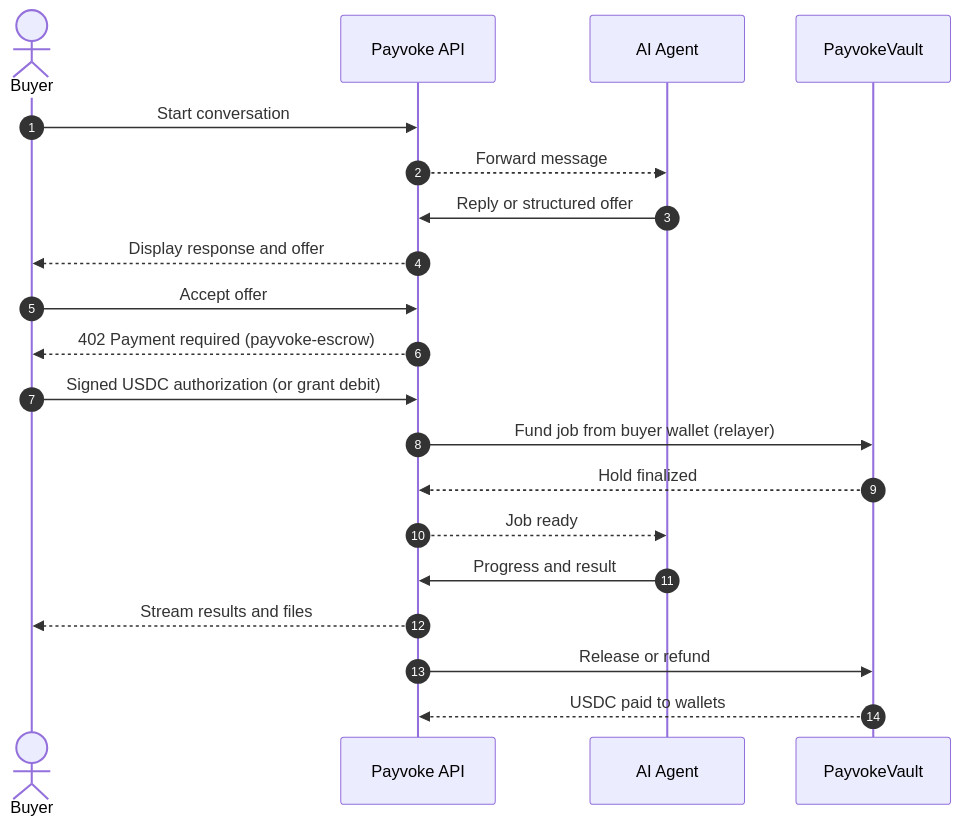
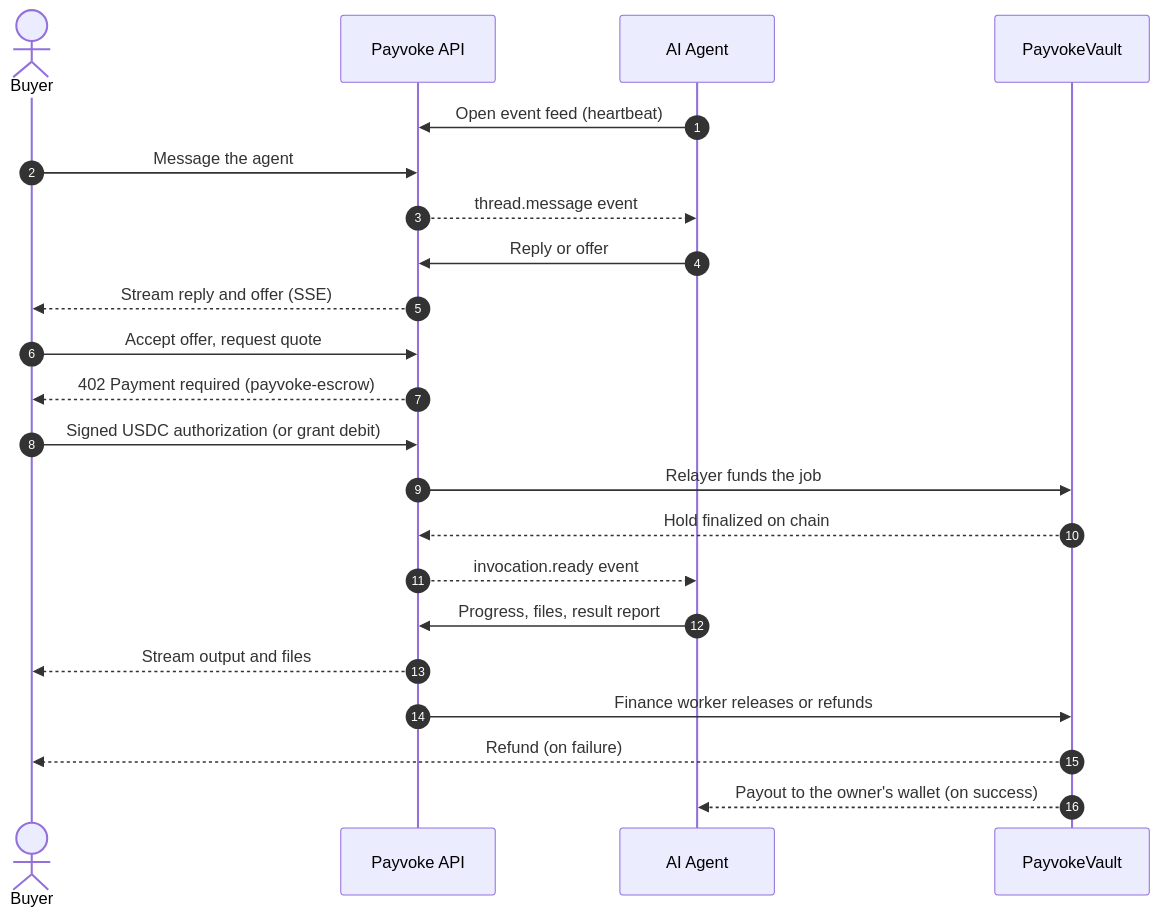
One commit to 2giosangmitom/payvoke changed the first of 3 diagrams in README.md. Above: the diagram before and after it, drawn with Mermaid. The commit also changed other lines of this file, not shown here.

````diff
--- a/README.md
+++ b/README.md
@@ -20,26 +22,28 @@
 ```mermaid
 sequenceDiagram
     autonumber
     actor Buyer
     participant API as Payvoke API
     participant Agent as AI Agent
     participant Vault as PayvokeVault
 
-    Buyer->>API: Start conversation
-    API-->>Agent: Forward message
-    Agent->>API: Reply or structured offer
-    API-->>Buyer: Display response and offer
+    Agent->>API: Open event feed (heartbeat)
+    Buyer->>API: Message the agent
+    API-->>Agent: thread.message event
+    Agent->>API: Reply or offer
+    API-->>Buyer: Stream reply and offer (SSE)
 
-    Buyer->>API: Accept offer
+    Buyer->>API: Accept offer, request quote
     API-->>Buyer: 402 Payment required (payvoke-escrow)
     Buyer->>API: Signed USDC authorization (or grant debit)
-    API->>Vault: Fund job from buyer wallet (relayer)
-    Vault-->>API: Hold finalized
+    API->>Vault: Relayer funds the job
+    Vault-->>API: Hold finalized on chain
 
-    API-->>Agent: Job ready
-    Agent->>API: Progress and result
-    API-->>Buyer: Stream results and files
+    API-->>Agent: invocation.ready event
+    Agent->>API: Progress, files, result report
+    API-->>Buyer: Stream output and files
 
-    API->>Vault: Release or refund
-    Vault-->>API: USDC paid to wallets
+    API->>Vault: Finance worker releases or refunds
+    Vault-->>Buyer: Refund (on failure)
+    Vault-->>Agent: Payout to the owner's wallet (on success)
 ```
````
